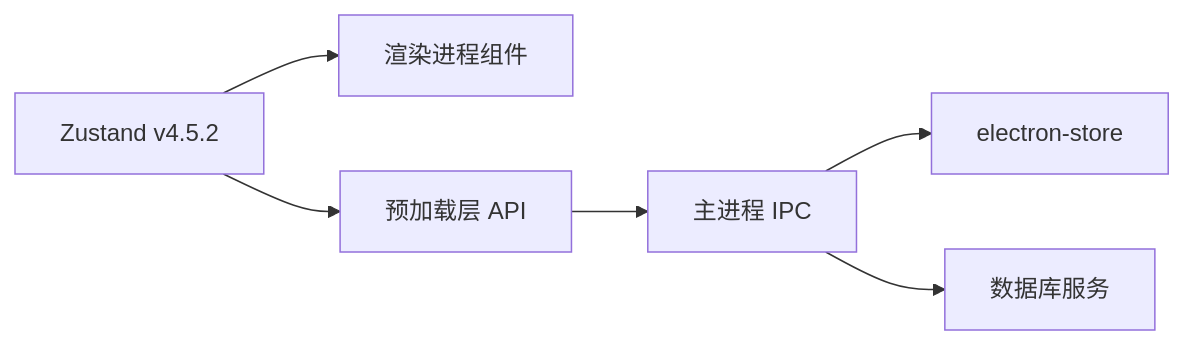
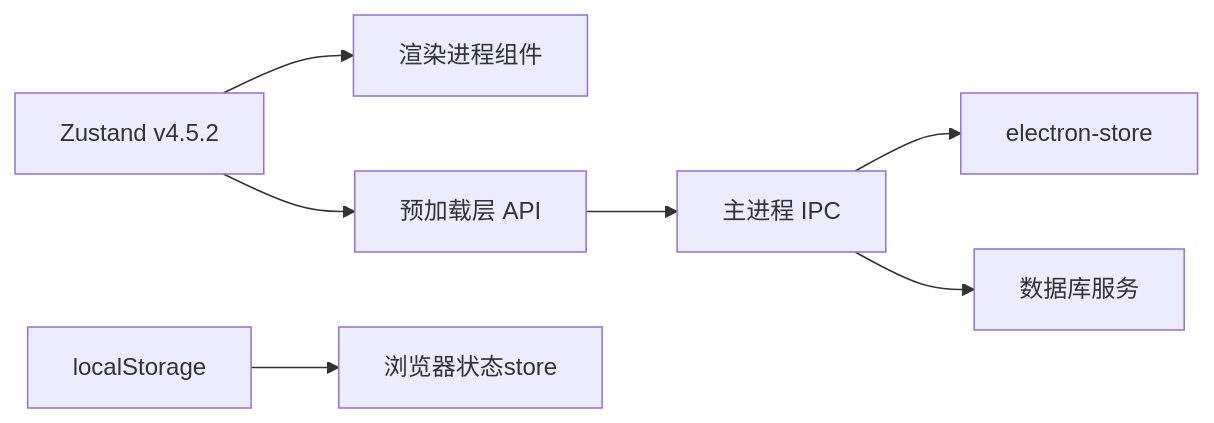
One commit to wwenbo2048/nexsql changed the eighth of 8 diagrams in .qoder/repowiki/zh/content/状态管理/Zustand 集成与最佳实践.md. Above: the diagram before and after it, drawn with Mermaid. The commit also changed other lines of this file and 19 other files, not shown here.

````diff
--- a/.qoder/repowiki/zh/content/状态管理/Zustand 集成与最佳实践.md
+++ b/.qoder/repowiki/zh/content/状态管理/Zustand 集成与最佳实践.md
@@ -275,8 +379,9 @@
 ```mermaid
 graph LR
 Z["Zustand v4.5.2"] --> R["渲染进程组件"]
 Z --> P["预加载层 API"]
 P --> M["主进程 IPC"]
 M --> S["electron-store"]
 M --> D["数据库服务"]
+L["localStorage"] --> BS["浏览器状态store"]
 ```
````
